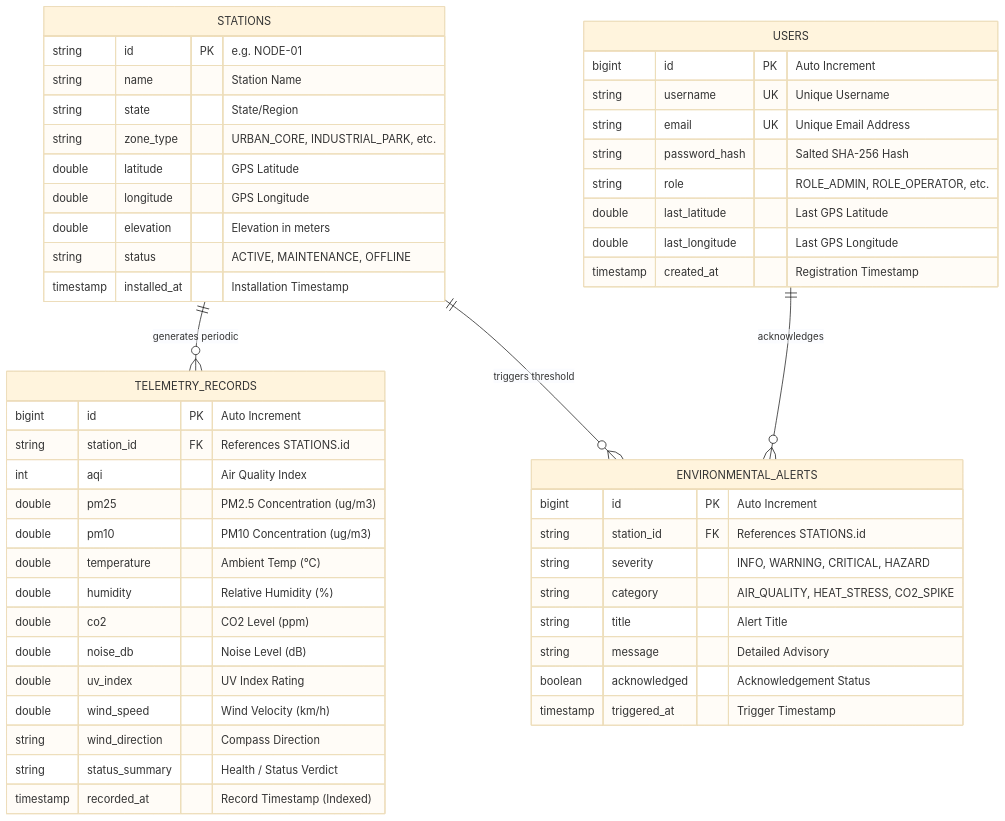
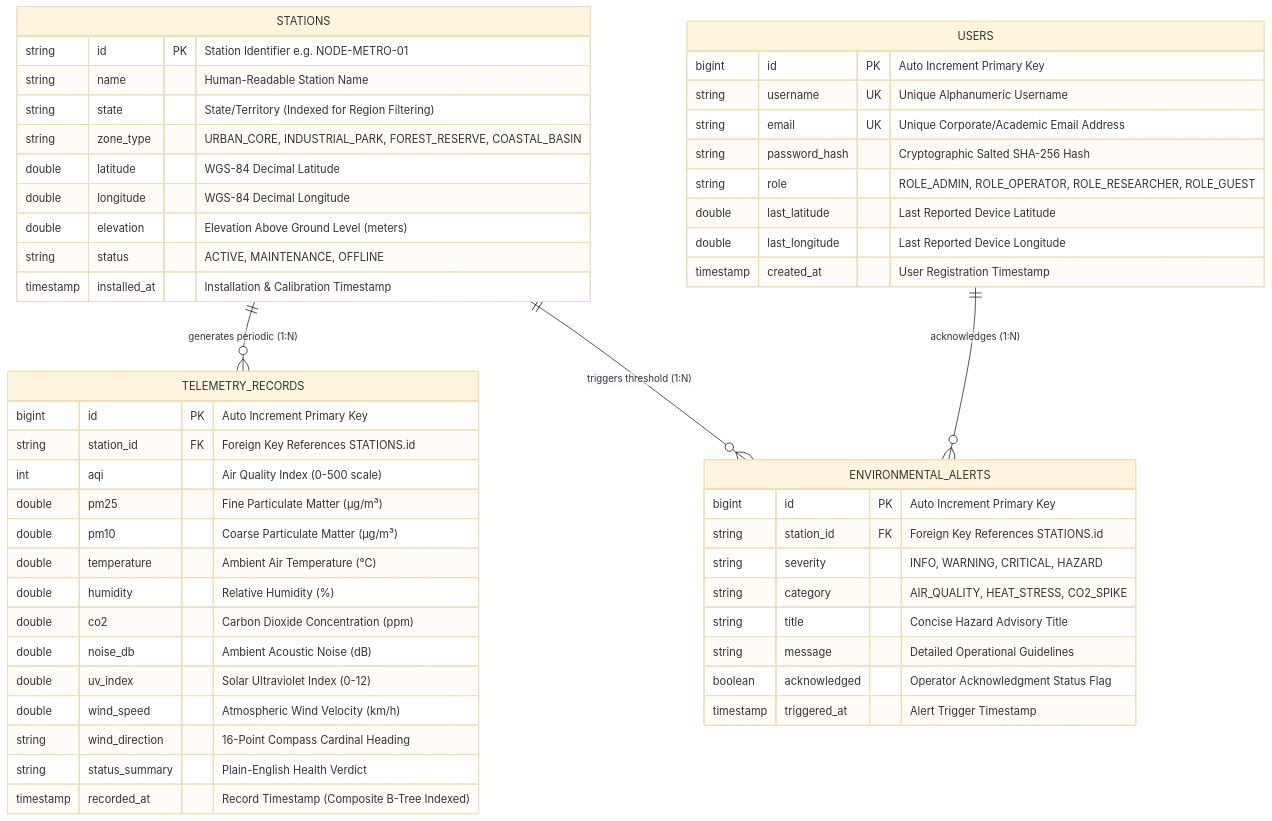
The seventh of 7 diagrams in README.md (Devansh768/AETHERIS-Digital-Environment-Twin-System), drawn with Mermaid (base theme) before and after one commit. The commit also changed other lines of this file and 9 other files, not shown here.

````diff
--- a/README.md
+++ b/README.md
@@ -350,57 +455,57 @@
 ```mermaid
 erDiagram
-    STATIONS ||--o{ TELEMETRY_RECORDS : "generates periodic"
-    STATIONS ||--o{ ENVIRONMENTAL_ALERTS : "triggers threshold"
-    USERS ||--o{ ENVIRONMENTAL_ALERTS : "acknowledges"
+    STATIONS ||--o{ TELEMETRY_RECORDS : "generates periodic (1:N)"
+    STATIONS ||--o{ ENVIRONMENTAL_ALERTS : "triggers threshold (1:N)"
+    USERS ||--o{ ENVIRONMENTAL_ALERTS : "acknowledges (1:N)"
 
     STATIONS {
-        string id PK "e.g. NODE-01"
-        string name "Station Name"
-        string state "State/Region"
-        string zone_type "URBAN_CORE, INDUSTRIAL_PARK, etc."
-        double latitude "GPS Latitude"
-        double longitude "GPS Longitude"
-        double elevation "Elevation in meters"
+        string id PK "Station Identifier e.g. NODE-METRO-01"
+        string name "Human-Readable Station Name"
+        string state "State/Territory (Indexed for Region Filtering)"
+        string zone_type "URBAN_CORE, INDUSTRIAL_PARK, FOREST_RESERVE, COASTAL_BASIN"
+        double latitude "WGS-84 Decimal Latitude"
+        double longitude "WGS-84 Decimal Longitude"
+        double elevation "Elevation Above Ground Level (meters)"
         string status "ACTIVE, MAINTENANCE, OFFLINE"
-        timestamp installed_at "Installation Timestamp"
+        timestamp installed_at "Installation & Calibration Timestamp"
     }
 
     TELEMETRY_RECORDS {
-        bigint id PK "Auto Increment"
-        string station_id FK "References STATIONS.id"
-        int aqi "Air Quality Index"
-        double pm25 "PM2.5 Concentration (ug/m3)"
-        double pm10 "PM10 Concentration (ug/m3)"
-        double temperature "Ambient Temp (°C)"
+        bigint id PK "Auto Increment Primary Key"
+        string station_id FK "Foreign Key References STATIONS.id"
+        int aqi "Air Quality Index (0-500 scale)"
+        double pm25 "Fine Particulate Matter (µg/m³)"
+        double pm10 "Coarse Particulate Matter (µg/m³)"
+        double temperature "Ambient Air Temperature (°C)"
         double humidity "Relative Humidity (%)"
-        double co2 "CO2 Level (ppm)"
-        double noise_db "Noise Level (dB)"
-        double uv_index "UV Index Rating"
-        double wind_speed "Wind Velocity (km/h)"
-        string wind_direction "Compass Direction"
-        string status_summary "Health / Status Verdict"
-        timestamp recorded_at "Record Timestamp (Indexed)"
+        double co2 "Carbon Dioxide Concentration (ppm)"
+        double noise_db "Ambient Acoustic Noise (dB)"
+        double uv_index "Solar Ultraviolet Index (0-12)"
+        double wind_speed "Atmospheric Wind Velocity (km/h)"
+        string wind_direction "16-Point Compass Cardinal Heading"
+        string status_summary "Plain-English Health Verdict"
+        timestamp recorded_at "Record Timestamp (Composite B-Tree Indexed)"
     }
 
     ENVIRONMENTAL_ALERTS {
-        bigint id PK "Auto Increment"
-        string station_id FK "References STATIONS.id"
+        bigint id PK "Auto Increment Primary Key"
+        string station_id FK "Foreign Key References STATIONS.id"
         string severity "INFO, WARNING, CRITICAL, HAZARD"
         string category "AIR_QUALITY, HEAT_STRESS, CO2_SPIKE"
-        string title "Alert Title"
-        string message "Detailed Advisory"
-        boolean acknowledged "Acknowledgement Status"
-        timestamp triggered_at "Trigger Timestamp"
+        string title "Concise Hazard Advisory Title"
+        string message "Detailed Operational Guidelines"
+        boolean acknowledged "Operator Acknowledgment Status Flag"
+        timestamp triggered_at "Alert Trigger Timestamp"
     }
 
     USERS {
-        bigint id PK "Auto Increment"
-        string username UK "Unique Username"
-        string email UK "Unique Email Address"
-        string password_hash "Salted SHA-256 Hash"
-        string role "ROLE_ADMIN, ROLE_OPERATOR, etc."
-        double last_latitude "Last GPS Latitude"
-        double last_longitude "Last GPS Longitude"
-        timestamp created_at "Registration Timestamp"
+        bigint id PK "Auto Increment Primary Key"
+        string username UK "Unique Alphanumeric Username"
+        string email UK "Unique Corporate/Academic Email Address"
+        string password_hash "Cryptographic Salted SHA-256 Hash"
+        string role "ROLE_ADMIN, ROLE_OPERATOR, ROLE_RESEARCHER, ROLE_GUEST"
+        double last_latitude "Last Reported Device Latitude"
+        double last_longitude "Last Reported Device Longitude"
+        timestamp created_at "User Registration Timestamp"
     }
 ```
````
